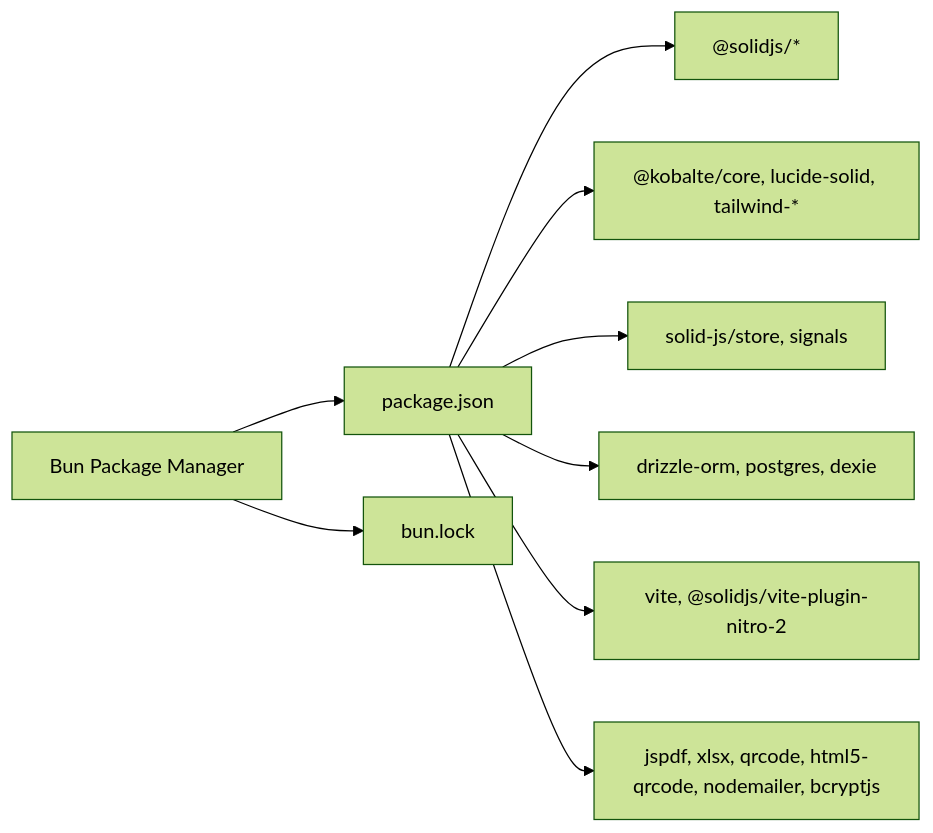
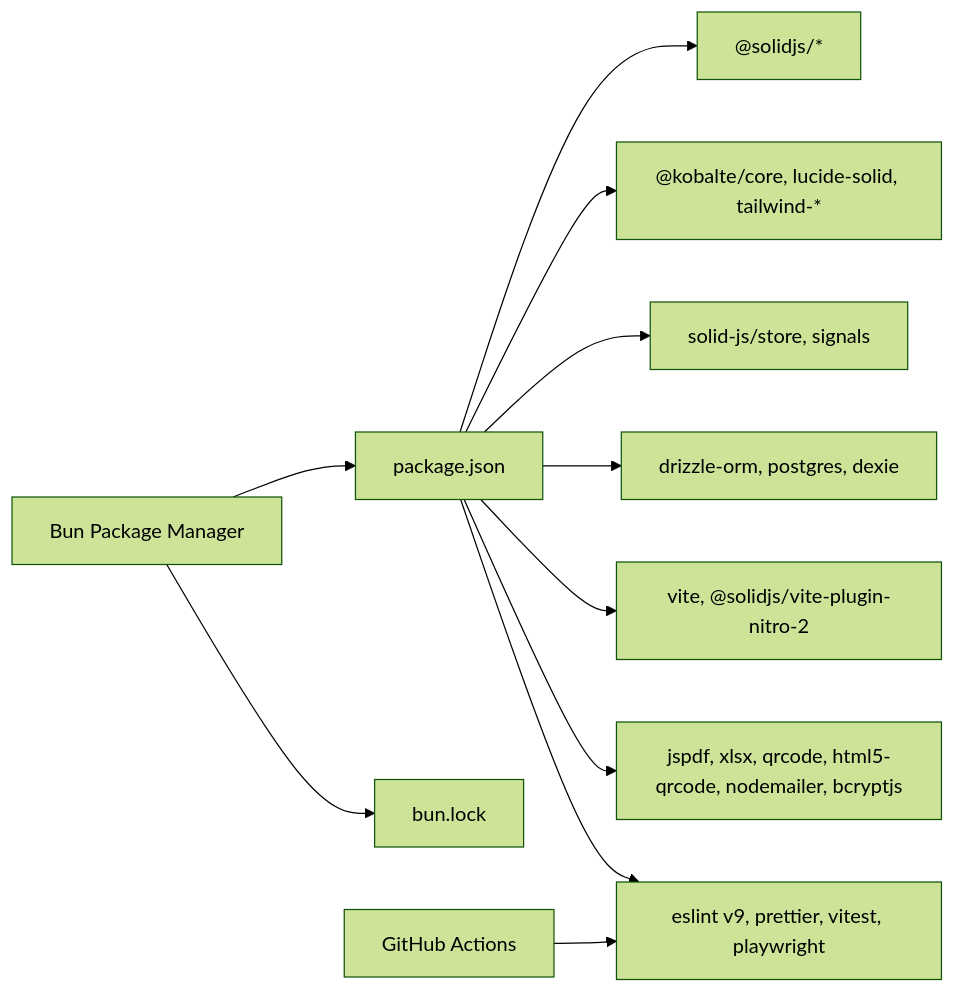
Before and after one commit to riod94/ngepos: diagram 11 of 13 in .qoder/repowiki/en/content/Development Guidelines/Development Guidelines.md, drawn with Mermaid (forest theme). The commit also changed other lines of this file and 18 other files, not shown here.

````diff
--- a/.qoder/repowiki/en/content/Development Guidelines/Development Guidelines.md
+++ b/.qoder/repowiki/en/content/Development Guidelines/Development Guidelines.md
@@ -452,11 +598,13 @@
 ```mermaid
 graph LR
 P["package.json"] --> Solid["@solidjs/*"]
 P --> UI["@kobalte/core, lucide-solid, tailwind-*"]
 P --> State["solid-js/store, signals"]
 P --> DB["drizzle-orm, postgres, dexie"]
 P --> Build["vite, @solidjs/vite-plugin-nitro-2"]
 P --> Utils["jspdf, xlsx, qrcode, html5-qrcode, nodemailer, bcryptjs"]
+P --> Quality["eslint v9, prettier, vitest, playwright"]
 PM["Bun Package Manager"] --> P
 PM --> Lock["bun.lock"]
+CI["GitHub Actions"] --> Quality
 ```
````
